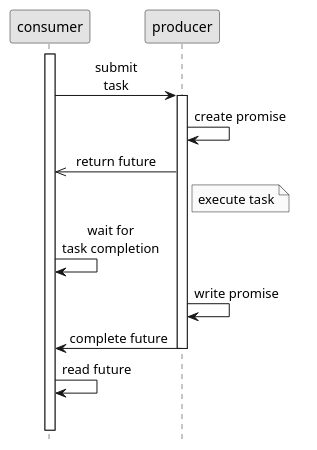
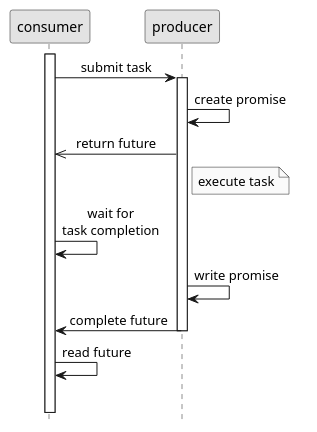
The diagram in doc/future and promise.puml (ti-cortex-m4/demo-java-completablefuture), drawn with PlantUML before and after one commit.

```diff
--- a/doc/future and promise.puml
+++ b/doc/future and promise.puml
@@ -1,22 +1,22 @@
 @startuml
 hide footbox
 skinparam monochrome true
 skinparam defaultFontName Source Sans Pro
 skinparam titleFontSize 15
 skinparam sequenceMessageAlign center
 
 activate consumer
-consumer->producer: submit\ntask
+consumer->producer: submit task
 activate producer
 producer->producer: create promise
 producer->>consumer: return future
 Note right of producer: execute task
 consumer->consumer: wait for\ntask completion
 producer->producer: write promise
 producer->consumer: complete future
 deactivate producer
 consumer->consumer: read future
 
 ||14||
 producer -[#white]->]
 @enduml
```
